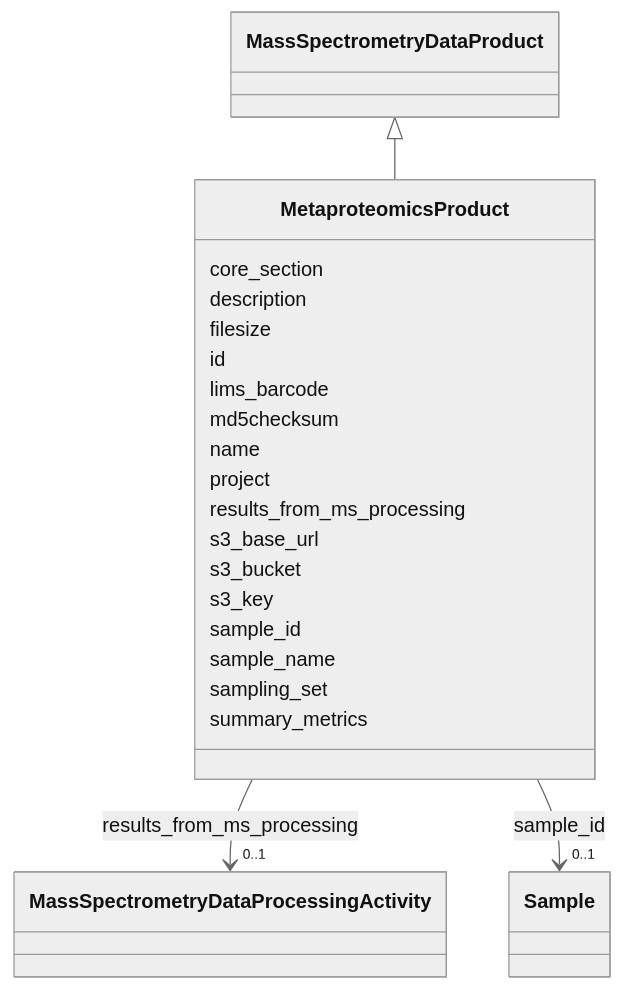
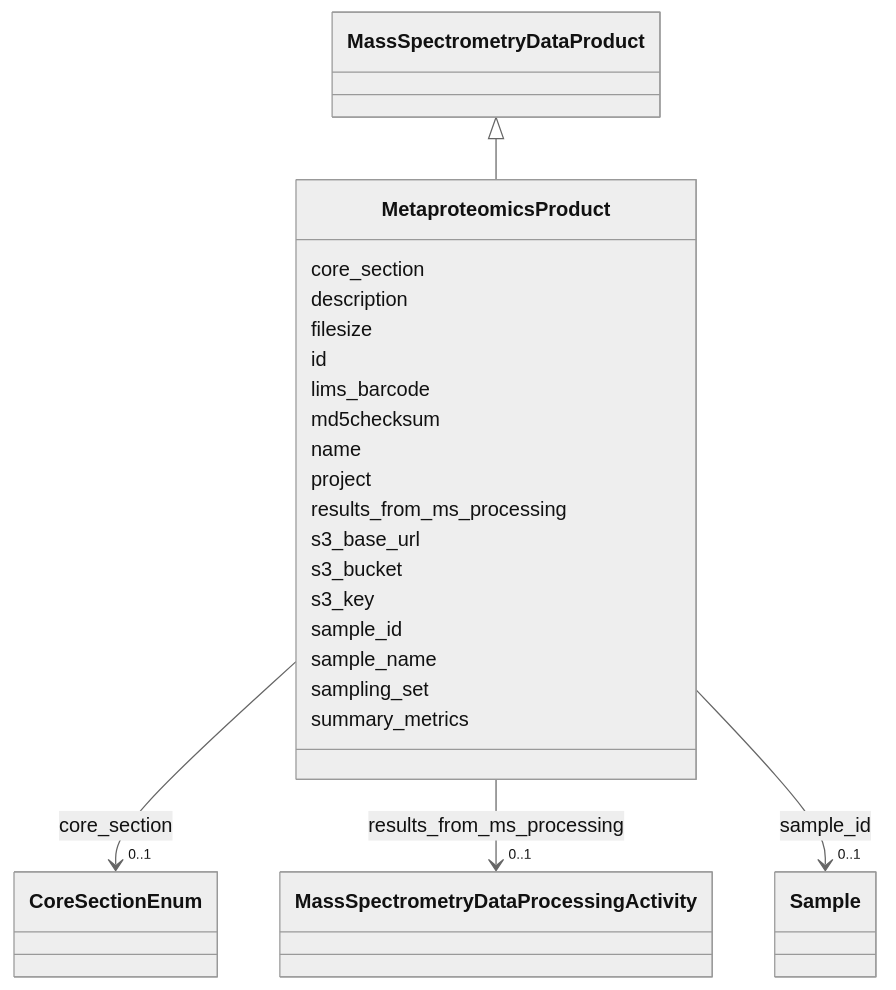
One commit to EMSL-Computing/BASALT-Schema changed the diagram in docs/elements/MetaproteomicsProduct.md. Above: the diagram before and after it, drawn with Mermaid (neutral theme). The commit also changed other lines of this file and 388 other files, not shown here.

````diff
--- a/docs/elements/MetaproteomicsProduct.md
+++ b/docs/elements/MetaproteomicsProduct.md
@@ -21,66 +21,76 @@
 ```mermaid
  classDiagram
     class MetaproteomicsProduct
     click MetaproteomicsProduct href "../MetaproteomicsProduct"
       MassSpectrometryDataProduct <|-- MetaproteomicsProduct
         click MassSpectrometryDataProduct href "../MassSpectrometryDataProduct"
       
       MetaproteomicsProduct : core_section
+        
+          
+    
+    
+    
+    
+    MetaproteomicsProduct --> "0..1" CoreSectionEnum : core_section
+    click CoreSectionEnum href "../CoreSectionEnum"
+    
+
         
       MetaproteomicsProduct : description
         
       MetaproteomicsProduct : filesize
         
       MetaproteomicsProduct : id
         
           
     
     
 
         
       MetaproteomicsProduct : lims_barcode
         
       MetaproteomicsProduct : md5checksum
         
       MetaproteomicsProduct : name
         
       MetaproteomicsProduct : project
         
       MetaproteomicsProduct : results_from_ms_processing
         
           
     
     
     
     
     MetaproteomicsProduct --> "0..1" MassSpectrometryDataProcessingActivity : results_from_ms_processing
     click MassSpectrometryDataProcessingActivity href "../MassSpectrometryDataProcessingActivity"
     
 
         
       MetaproteomicsProduct : s3_base_url
         
       MetaproteomicsProduct : s3_bucket
         
       MetaproteomicsProduct : s3_key
         
       MetaproteomicsProduct : sample_id
         
           
     
     
     
     
     MetaproteomicsProduct --> "0..1" Sample : sample_id
     click Sample href "../Sample"
     
 
         
       MetaproteomicsProduct : sample_name
         
       MetaproteomicsProduct : sampling_set
         
       MetaproteomicsProduct : summary_metrics
         
       
 ```
````
